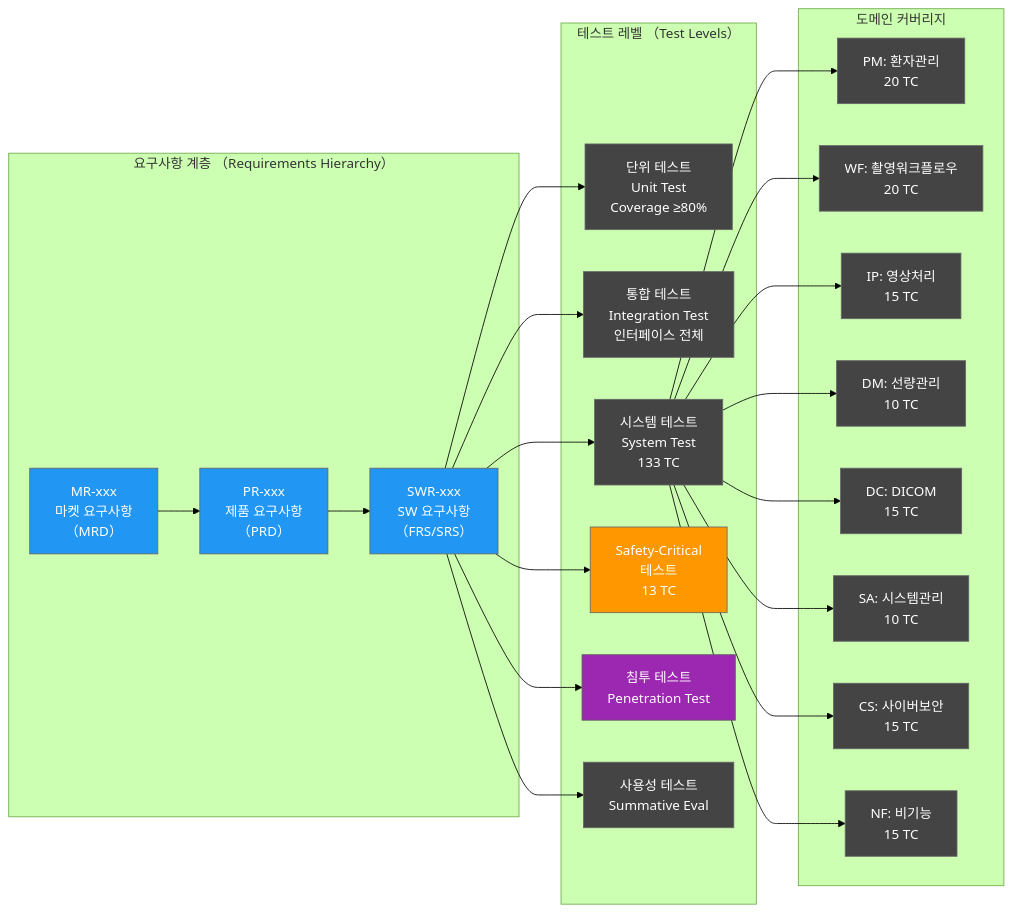
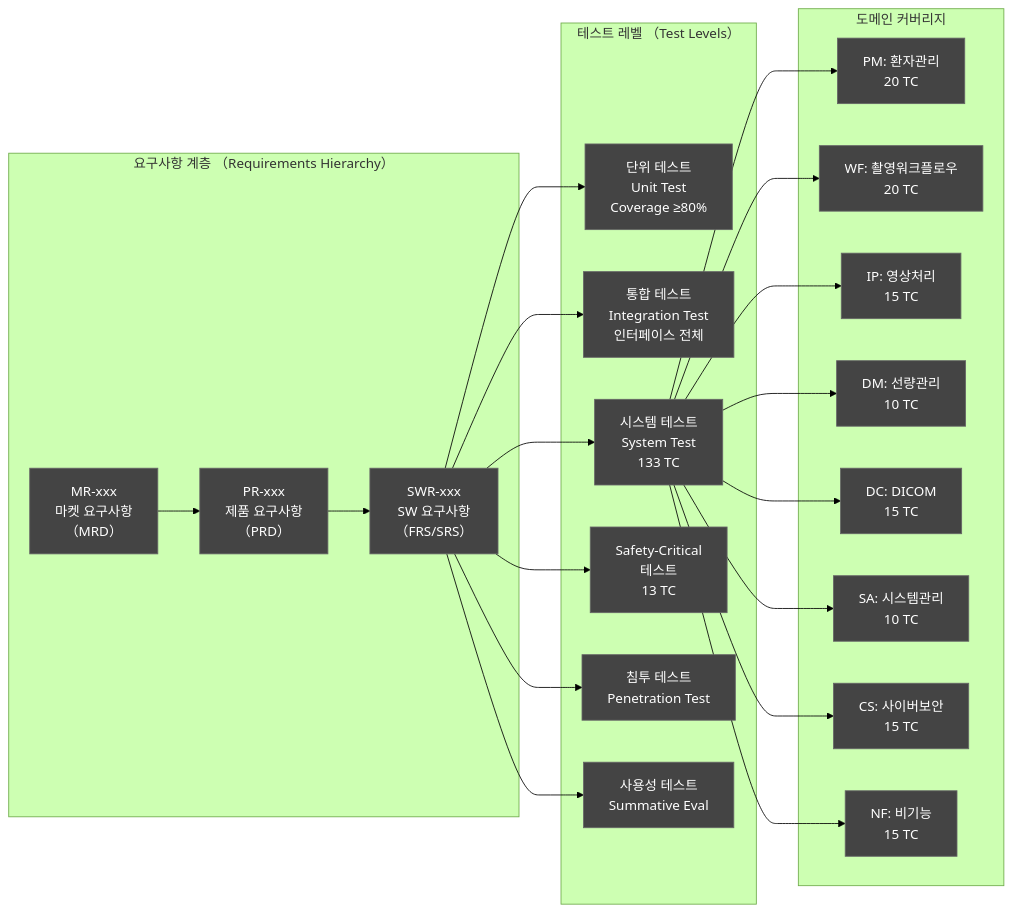
The third of 4 diagrams in docs/testing/DOC-030_QA_Test_Plan_v1.0.md (holee9/console-gui), drawn with Mermaid (forest theme) before and after one commit. The commit also changed other lines of this file and 35 other files, not shown here.

First line of the commit message:
fix: 전체 Mermaid 차트 색상 진한 회색 통일

````diff
--- a/docs/testing/DOC-030_QA_Test_Plan_v1.0.md
+++ b/docs/testing/DOC-030_QA_Test_Plan_v1.0.md
@@ -708,52 +708,52 @@
 ```mermaid
 graph LR
     classDef default fill:#444,stroke:#666,color:#fff
     subgraph Requirements["요구사항 계층 （Requirements Hierarchy）"]
         MR["MR-xxx\n마켓 요구사항\n（MRD）"]
         PR["PR-xxx\n제품 요구사항\n（PRD）"]
         SWR["SWR-xxx\nSW 요구사항\n（FRS/SRS）"]
     end
 
     subgraph Testing["테스트 레벨 （Test Levels）"]
         UT["단위 테스트\nUnit Test\nCoverage ≥80%"]
         IT["통합 테스트\nIntegration Test\n인터페이스 전체"]
         ST["시스템 테스트\nSystem Test\n133 TC"]
         SC["Safety-Critical\n테스트\n13 TC"]
         PT["침투 테스트\nPenetration Test"]
         UT2["사용성 테스트\nSummative Eval"]
     end
 
     subgraph Domains["도메인 커버리지"]
         PM["PM: 환자관리\n20 TC"]
         WF["WF: 촬영워크플로우\n20 TC"]
         IP["IP: 영상처리\n15 TC"]
         DM["DM: 선량관리\n10 TC"]
         DC["DC: DICOM\n15 TC"]
         SA["SA: 시스템관리\n10 TC"]
         CS["CS: 사이버보안\n15 TC"]
         NF["NF: 비기능\n15 TC"]
     end
 
     MR --> PR --> SWR
     SWR --> UT
     SWR --> IT
     SWR --> ST
     SWR --> SC
     SWR --> PT
     SWR --> UT2
 
     ST --> PM
     ST --> WF
     ST --> IP
     ST --> DM
     ST --> DC
     ST --> SA
     ST --> CS
     ST --> NF
 
-    style SC fill:#FF9800,color:#fff
-    style PT fill:#9C27B0,color:#fff
-    style MR fill:#2196F3,color:#fff
-    style PR fill:#2196F3,color:#fff
-    style SWR fill:#2196F3,color:#fff
+    style SC fill:#444,color:#fff
+    style PT fill:#444,color:#fff
+    style MR fill:#444,color:#fff
+    style PR fill:#444,color:#fff
+    style SWR fill:#444,color:#fff
 ```
````
